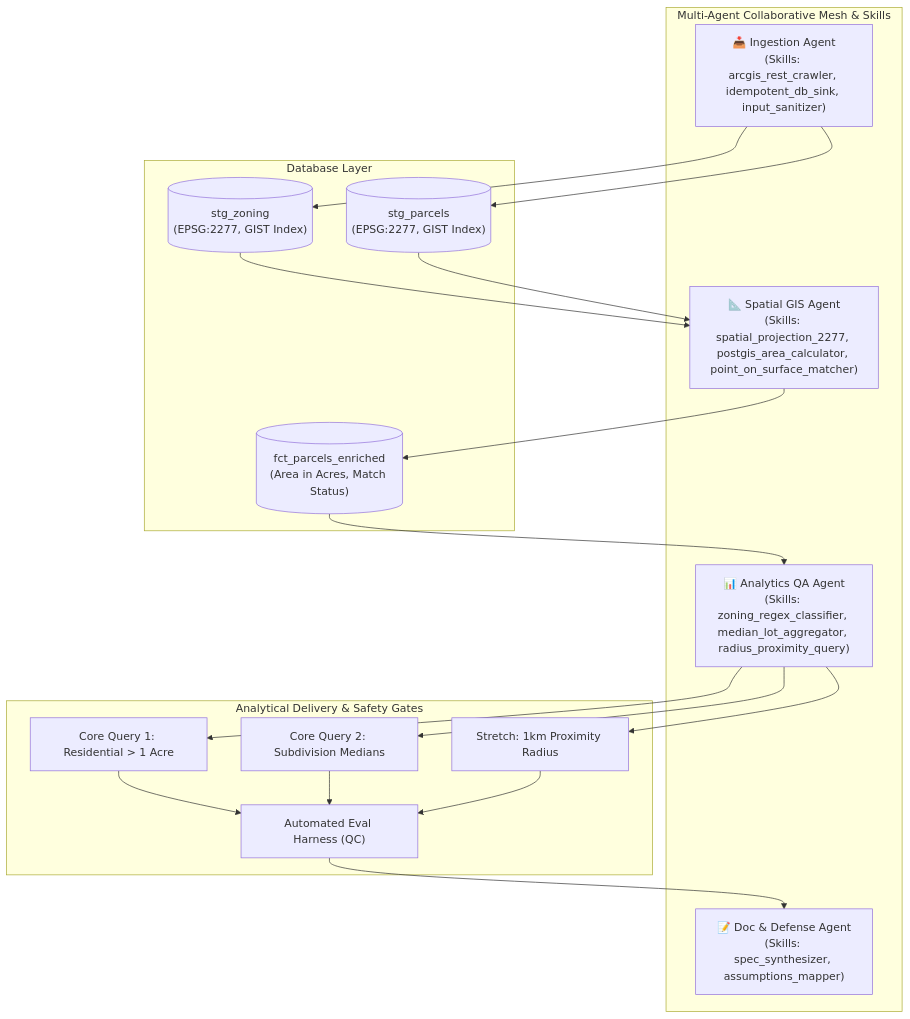
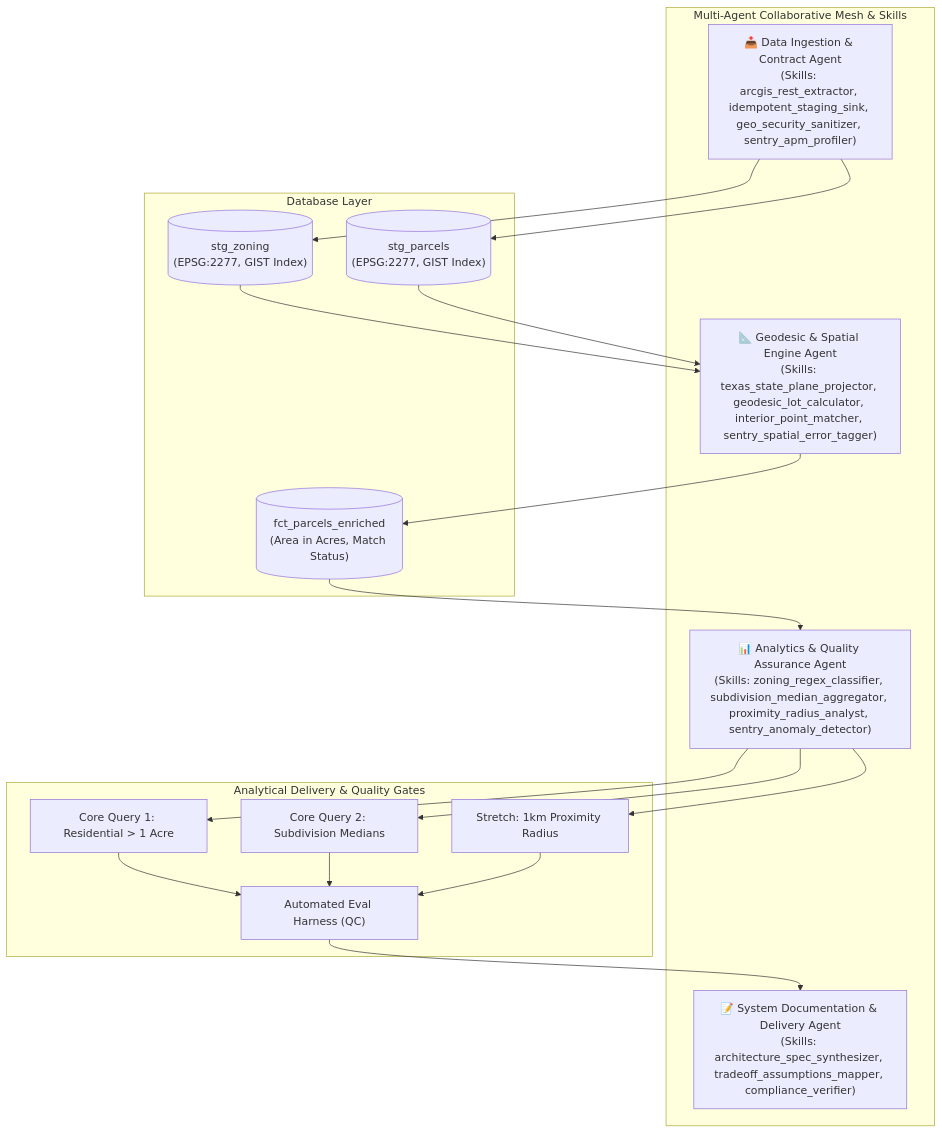
One commit to okimjae/Bytenana-test changed the diagram in docs/design_document.md. Above: the diagram before and after it, drawn with Mermaid. The commit also changed other lines of this file and 3 other files, not shown here.

Commit message:
docs(agents): refine agent roles, specialized skills and quality gate nomenclatures

````diff
--- a/docs/design_document.md
+++ b/docs/design_document.md
@@ -36,27 +36,27 @@
 ```mermaid
 flowchart TD
     subgraph MultiAgentMesh [Multi-Agent Collaborative Mesh & Skills]
-        A_Ingest["📥 Ingestion Agent\n(Skills: arcgis_rest_crawler, idempotent_db_sink, input_sanitizer)"]
-        A_Spatial["📐 Spatial GIS Agent\n(Skills: spatial_projection_2277, postgis_area_calculator, point_on_surface_matcher)"]
-        A_Analytics["📊 Analytics QA Agent\n(Skills: zoning_regex_classifier, median_lot_aggregator, radius_proximity_query)"]
-        A_Docs["📝 Doc & Defense Agent\n(Skills: spec_synthesizer, assumptions_mapper)"]
+        A_Ingest["📥 Data Ingestion & Contract Agent\n(Skills: arcgis_rest_extractor, idempotent_staging_sink, geo_security_sanitizer, sentry_apm_profiler)"]
+        A_Spatial["📐 Geodesic & Spatial Engine Agent\n(Skills: texas_state_plane_projector, geodesic_lot_calculator, interior_point_matcher, sentry_spatial_error_tagger)"]
+        A_Analytics["📊 Analytics & Quality Assurance Agent\n(Skills: zoning_regex_classifier, subdivision_median_aggregator, proximity_radius_analyst, sentry_anomaly_detector)"]
+        A_Docs["📝 System Documentation & Delivery Agent\n(Skills: architecture_spec_synthesizer, tradeoff_assumptions_mapper, compliance_verifier)"]
     end
 
     subgraph Storage [Database Layer]
         StgZoning[("stg_zoning\n(EPSG:2277, GIST Index)")]
         StgParcels[("stg_parcels\n(EPSG:2277, GIST Index)")]
         FctParcels[("fct_parcels_enriched\n(Area in Acres, Match Status)")]
     end
 
-    subgraph AnalyticsDelivery [Analytical Delivery & Safety Gates]
+    subgraph AnalyticsDelivery [Analytical Delivery & Quality Gates]
         Query1["Core Query 1: Residential > 1 Acre"]
         Query2["Core Query 2: Subdivision Medians"]
         Query3["Stretch: 1km Proximity Radius"]
         EvalHarness["Automated Eval Harness (QC)"]
     end
 
     A_Ingest --> StgZoning & StgParcels
     StgZoning & StgParcels --> A_Spatial --> FctParcels
     FctParcels --> A_Analytics --> Query1 & Query2 & Query3
     Query1 & Query2 & Query3 --> EvalHarness --> A_Docs
 ```
````
